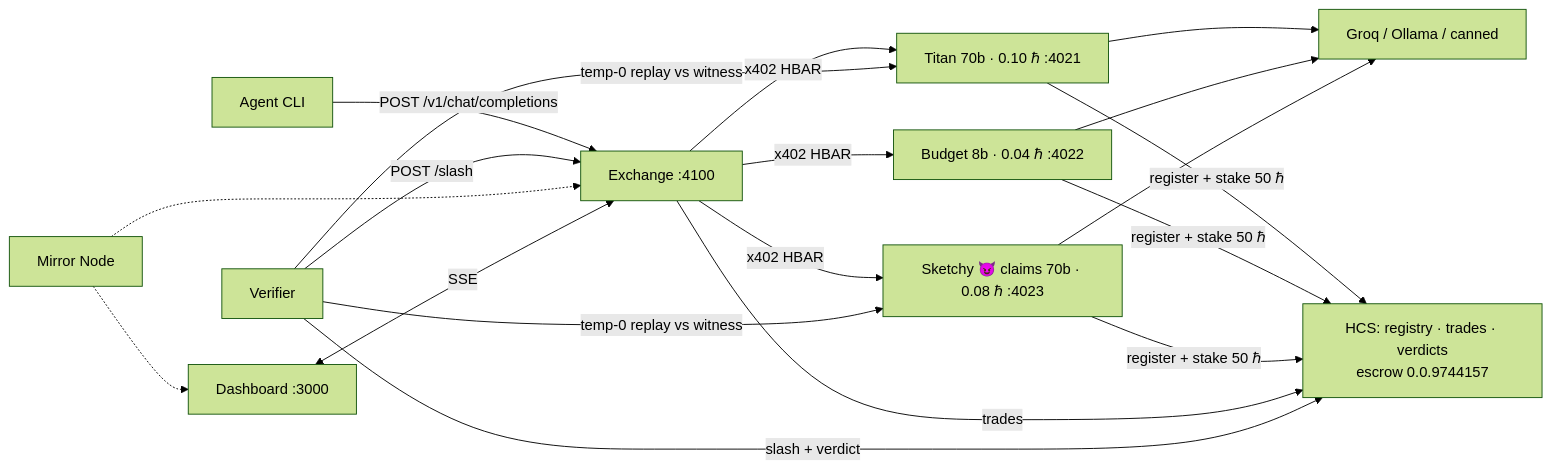
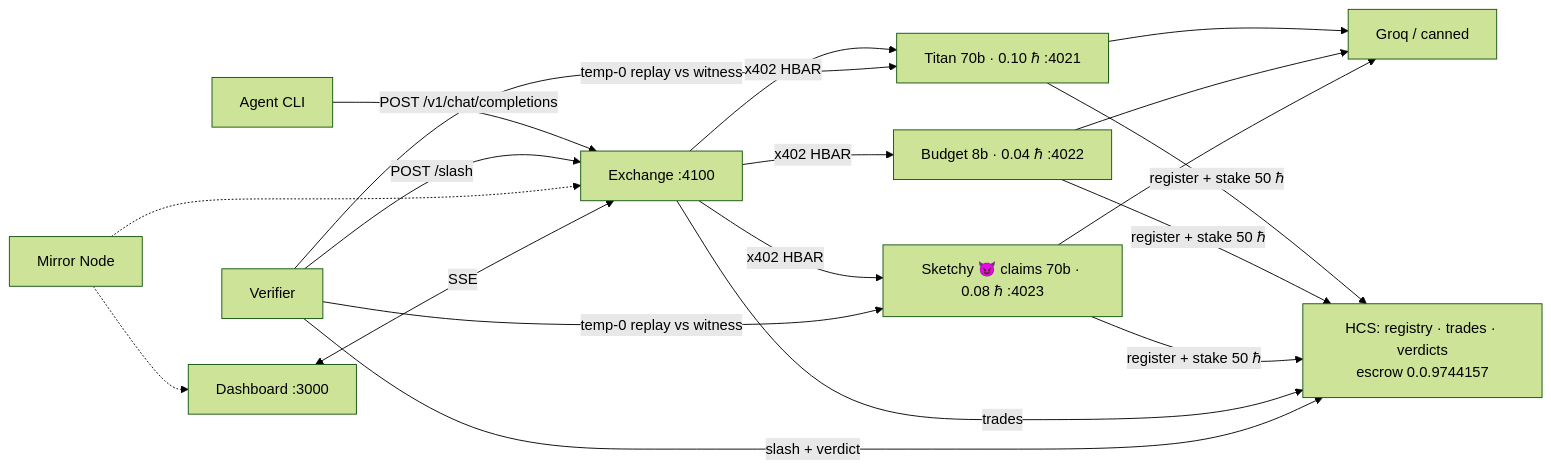
Before and after one commit to GigaHierz/ETH-global-lisbon-2026: the diagram in GUIDE.md, drawn with Mermaid (forest theme). The commit also changed other lines of this file and 11 other files, not shown here.

````diff
--- a/GUIDE.md
+++ b/GUIDE.md
@@ -7,16 +7,16 @@
 ```mermaid
 flowchart LR
     A[Agent CLI] -->|"POST /v1/chat/completions"| E[Exchange :4100]
     E -->|"x402 HBAR"| P1[Titan 70b · 0.10 ℏ :4021]
     E -->|"x402 HBAR"| P2[Budget 8b · 0.04 ℏ :4022]
     E -->|"x402 HBAR"| P3[Sketchy 😈 claims 70b · 0.08 ℏ :4023]
-    P1 & P2 & P3 --> G[Groq / Ollama / canned]
+    P1 & P2 & P3 --> G[Groq / canned]
     P1 & P2 & P3 -->|"register + stake 50 ℏ"| H[HCS: registry · trades · verdicts<br/>escrow 0.0.9744157]
     E -->|trades| H
     V[Verifier] -->|"temp-0 replay vs witness"| P1 & P3
     V -->|"slash + verdict"| H
     V -->|"POST /slash"| E
     MN[Mirror Node] -.-> E
     MN -.-> D[Dashboard :3000]
     D <-->|SSE| E
 ```
````
